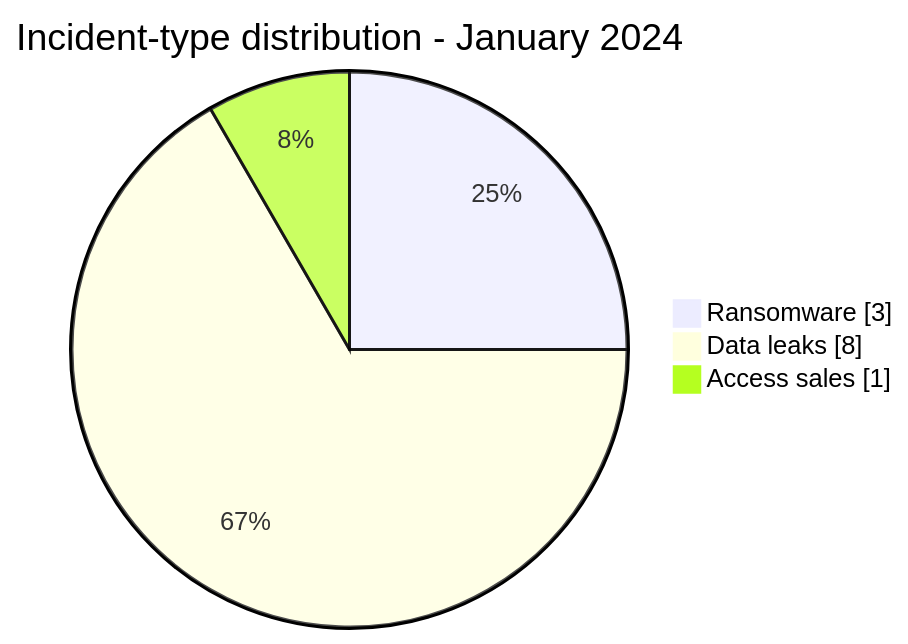
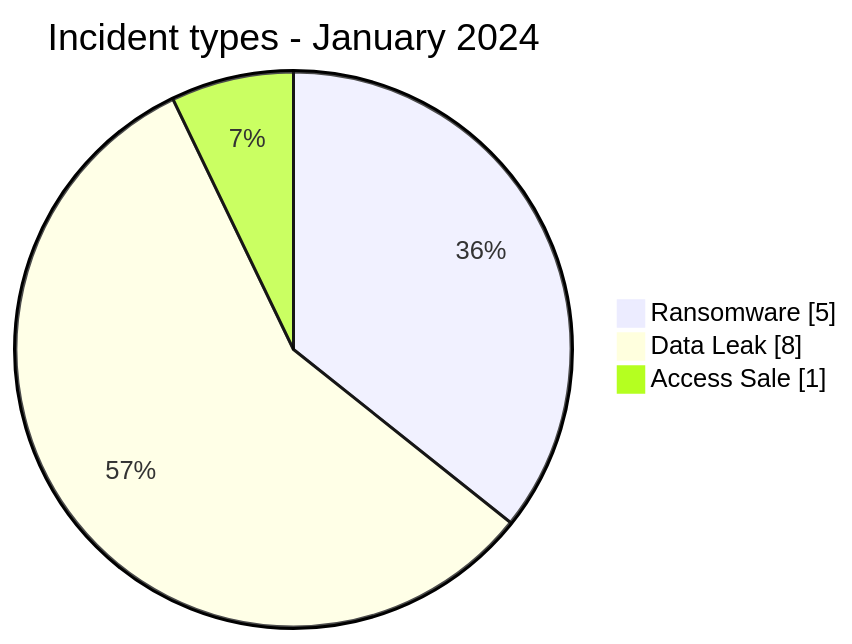
The first of 3 diagrams in CyberAttackAfrica/2024/01-january/README.md (Hatchepsoute/AFRINTEL), drawn with Mermaid before and after one commit. The commit also changed other lines of this file and 60 other files, not shown here.

````diff
--- a/CyberAttackAfrica/2024/01-january/README.md
+++ b/CyberAttackAfrica/2024/01-january/README.md
@@ -59,7 +51,7 @@
 ```mermaid
 pie showData
-    title Incident-type distribution - January 2024
-    "Ransomware" : 3
-    "Data leaks" : 8
-    "Access sales" : 1
+    title Incident types - January 2024
+    "Ransomware" : 5
+    "Data Leak" : 8
+    "Access Sale" : 1
 ```
````
